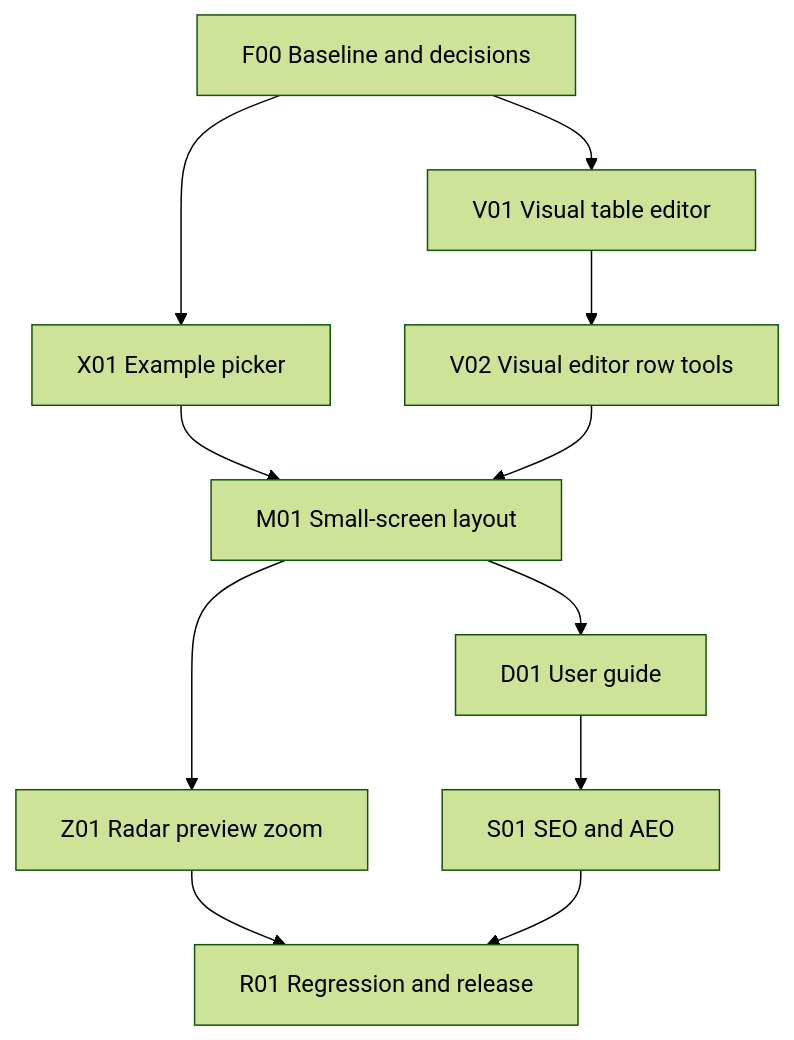
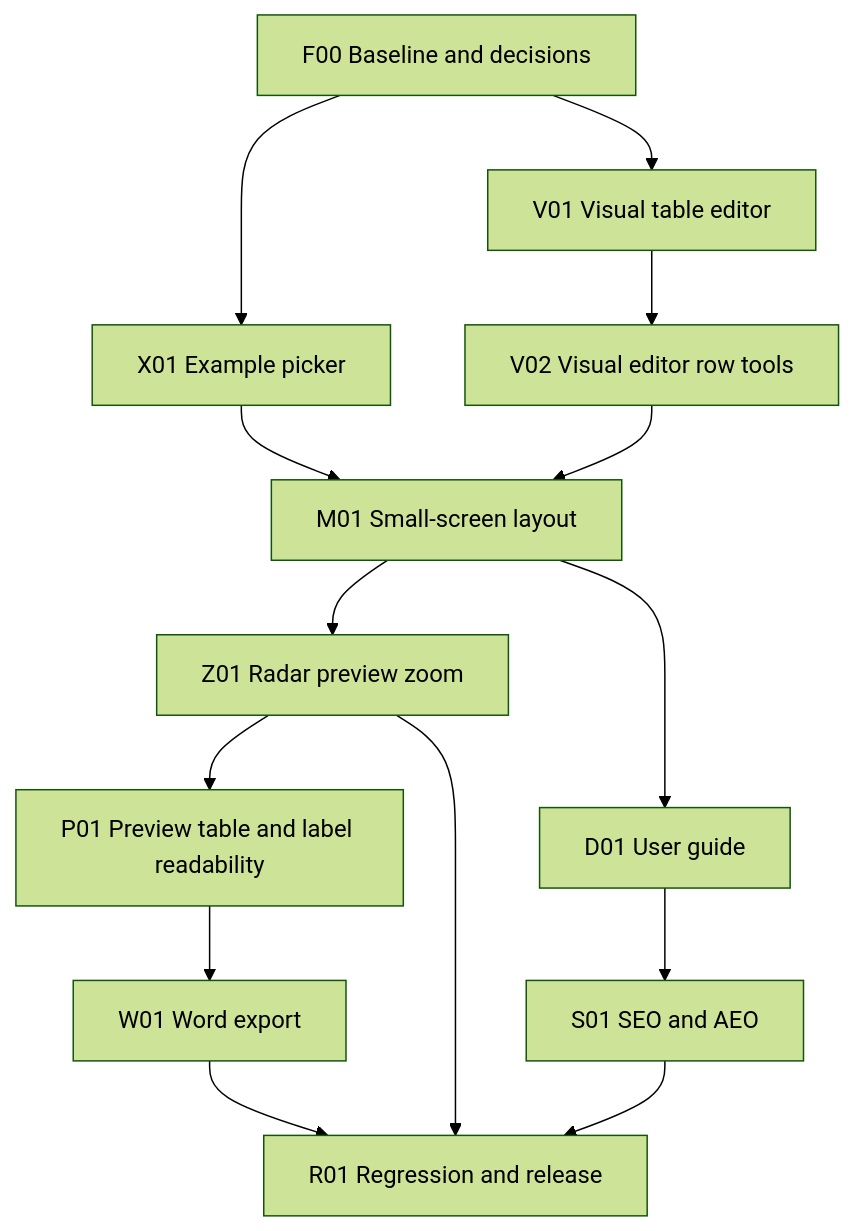
The diagram in architecture/features/build-plan.md (mightora/radar.mightora.io), drawn with Mermaid (forest theme) before and after one commit. The commit also changed other lines of this file and 24 other files, not shown here.

````diff
--- a/architecture/features/build-plan.md
+++ b/architecture/features/build-plan.md
@@ -33,13 +36,16 @@
 ```mermaid
 flowchart TD
     F00[F00 Baseline and decisions] --> X01[X01 Example picker]
     F00 --> V01[V01 Visual table editor]
     V01 --> V02[V02 Visual editor row tools]
     X01 --> M01[M01 Small-screen layout]
     V02 --> M01
     M01 --> Z01[Z01 Radar preview zoom]
+    Z01 --> P01[P01 Preview table and label readability]
+    P01 --> W01[W01 Word export]
     M01 --> D01[D01 User guide]
     D01 --> S01[S01 SEO and AEO]
+    W01 --> R01[R01 Regression and release]
     Z01 --> R01[R01 Regression and release]
     S01 --> R01
 ```
````
